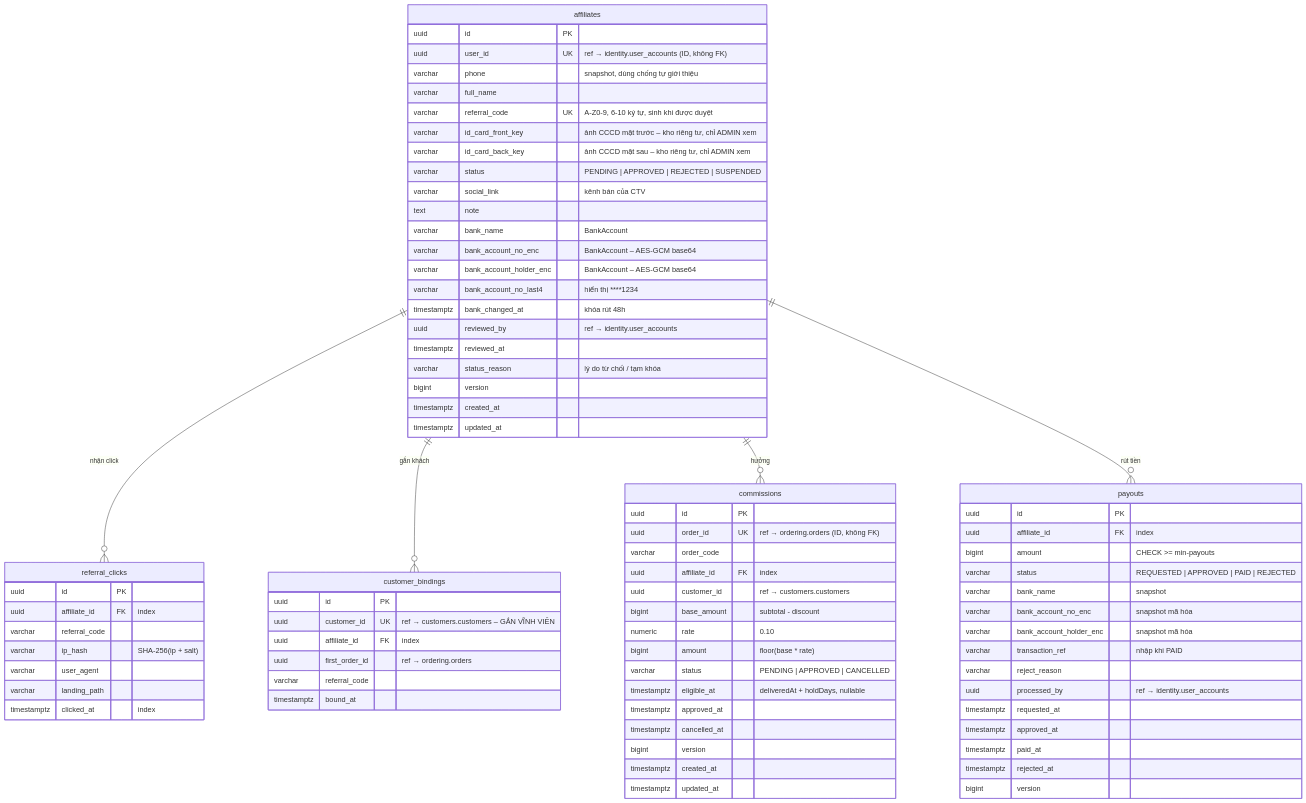
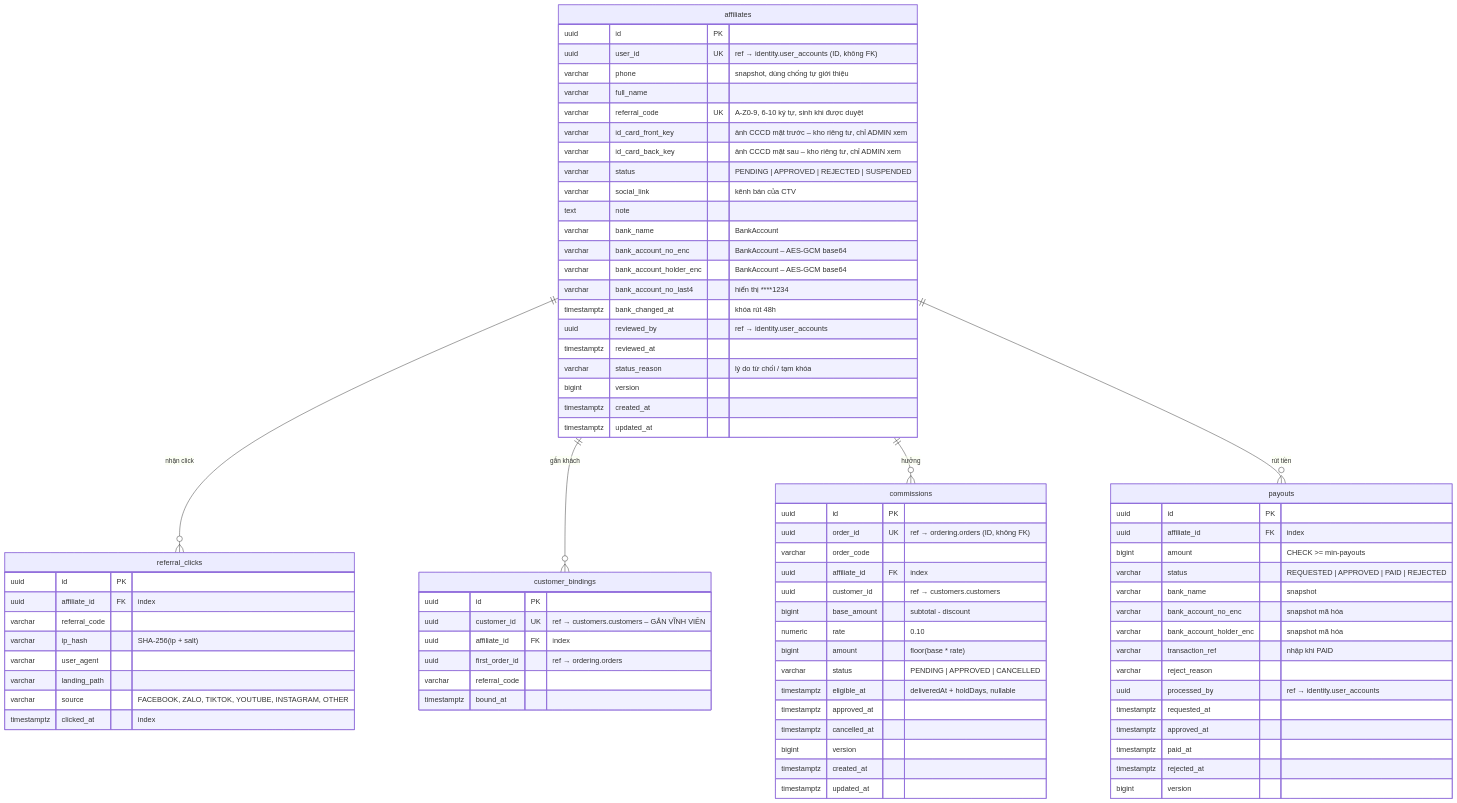
Before and after one commit to Vietnguyen203/Hwingroupweb: the fifth of 6 diagrams in docs/02-erd.md, drawn with Mermaid. The commit also changed 4 other files, not shown here.

First line of the commit message:
docs: cập nhật API, CSDL, ERD, sơ đồ tuần tự cho bộ lọc tìm kiếm và click theo nền tảng

```diff
--- a/docs/02-erd.md
+++ b/docs/02-erd.md
@@ -395,6 +395,7 @@
         varchar ip_hash "SHA-256(ip + salt)"
         varchar user_agent
         varchar landing_path
+        varchar source "FACEBOOK, ZALO, TIKTOK, YOUTUBE, INSTAGRAM, OTHER"
         timestamptz clicked_at "index"
     }
 
```
